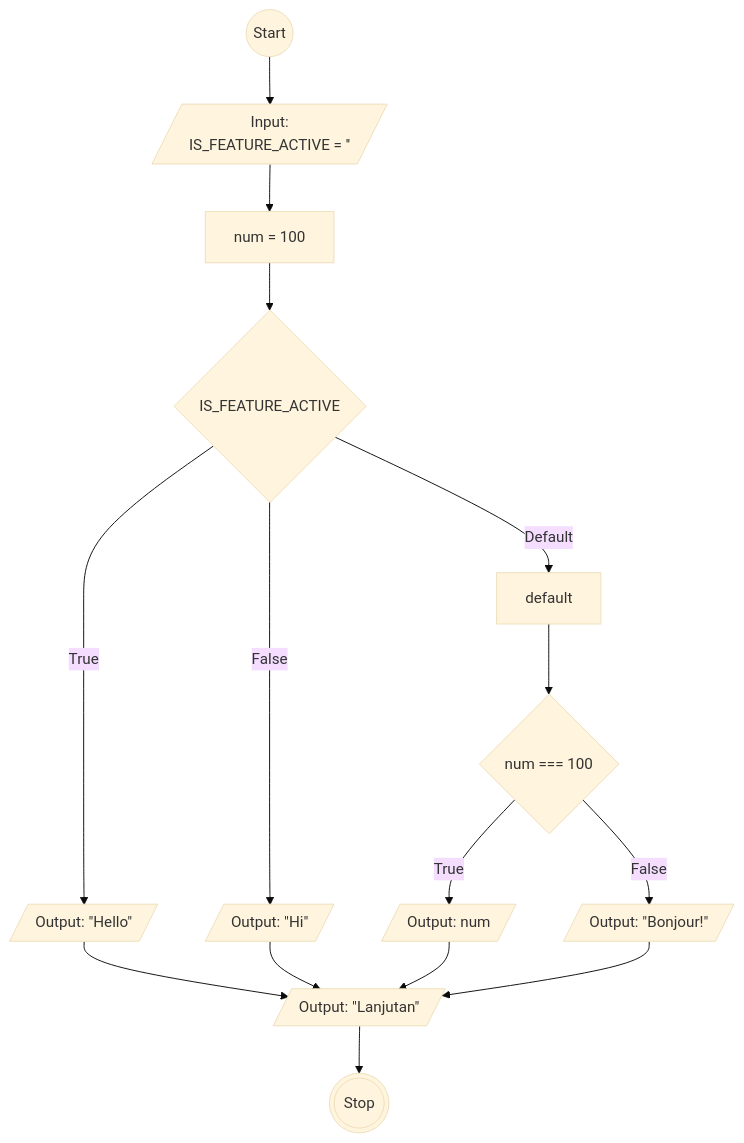
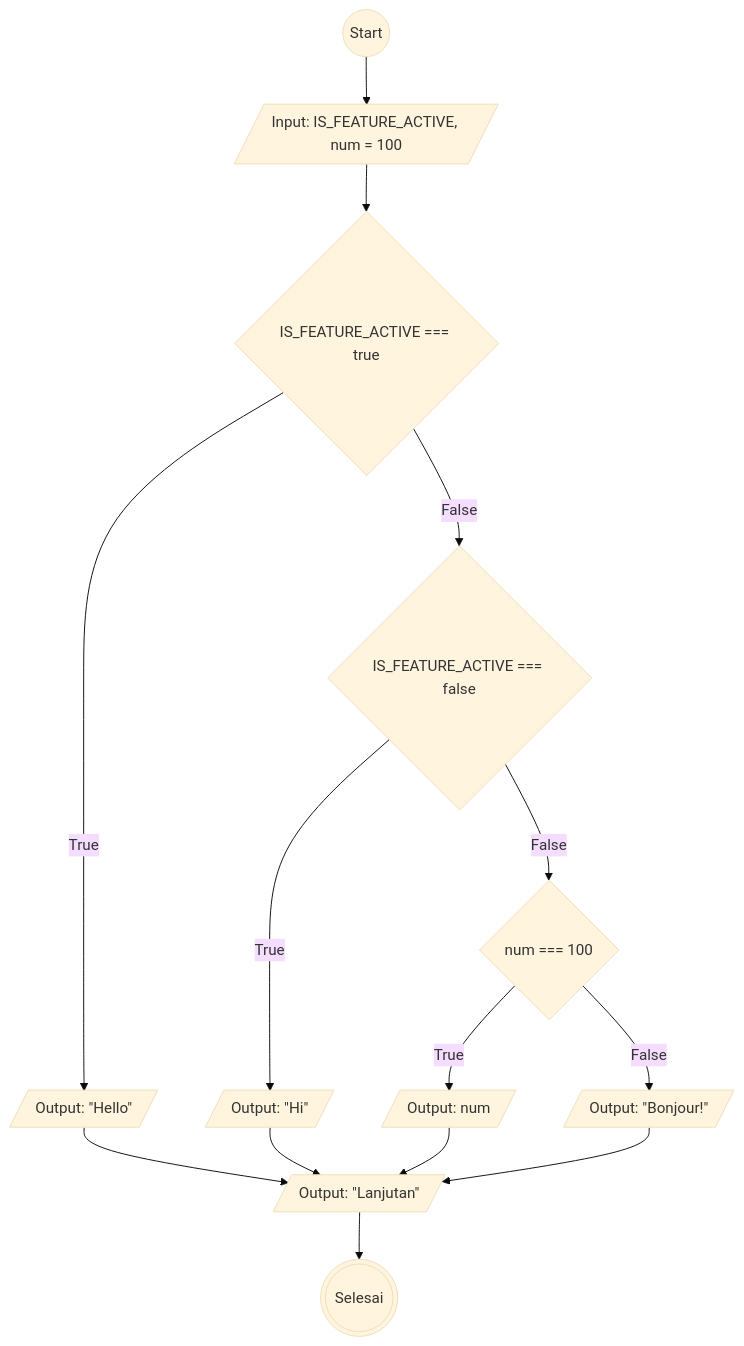
One commit to askadiliya/koda-b6-javascript1 changed the diagram in flowchart-switch.md. Above: the diagram before and after it, drawn with Mermaid (base theme). The commit also changed other lines of this file, not shown here.

````diff
--- a/flowchart-switch.md
+++ b/flowchart-switch.md
@@ -1,29 +5,29 @@
 ```mermaid
 flowchart TD
 A@{ shape: circle, label: "Start" }
-B@{ shape: lean-r, label: "Input:
-    IS_FEATURE_ACTIVE = ''" }
-L@{ shape: rect, label: "num = 100" }
-C@{ shape: diamond, label: "IS_FEATURE_ACTIVE" }
+B@{ shape: lean-r, label: 'Input: IS_FEATURE_ACTIVE, num = 100' }
+C@{ shape: diamond, label: "IS_FEATURE_ACTIVE === true" }
 D@{ shape: lean-r, label: 'Output: "Hello"' }
-E@{ shape: lean-r, label: 'Output: "Hi"' }
-F@{ shape: rect, label: "default" }
+E@{ shape: diamond, label: "IS_FEATURE_ACTIVE === false" }
+F@{ shape: lean-r, label: 'Output: "Hi"' }
 G@{ shape: diamond, label: "num === 100" }
 H@{ shape: lean-r, label: "Output: num" }
 I@{ shape: lean-r, label: 'Output: "Bonjour!"' }
 J@{ shape: lean-r, label: 'Output: "Lanjutan"' }
-K@{ shape: dbl-circ, label: "Stop" }
-A --> B --> L --> C
-C --True--> D
-C --False--> E
-C --Default--> F
-F --> G
-G --True--> H
-G --False--> I
-D --> J
-E --> J
-H --> J
-I --> J
+K@{ shape: dbl-circ, label: "Selesai" }
+
+A --> B
+B --> C
+C -- True --> D --> J
+C -- False --> E
+E -- True --> F --> J
+E -- False --> G
+G -- True --> H --> J
+G -- False --> I --> J
 J --> K
 
+
+
+
+
 ```
````
